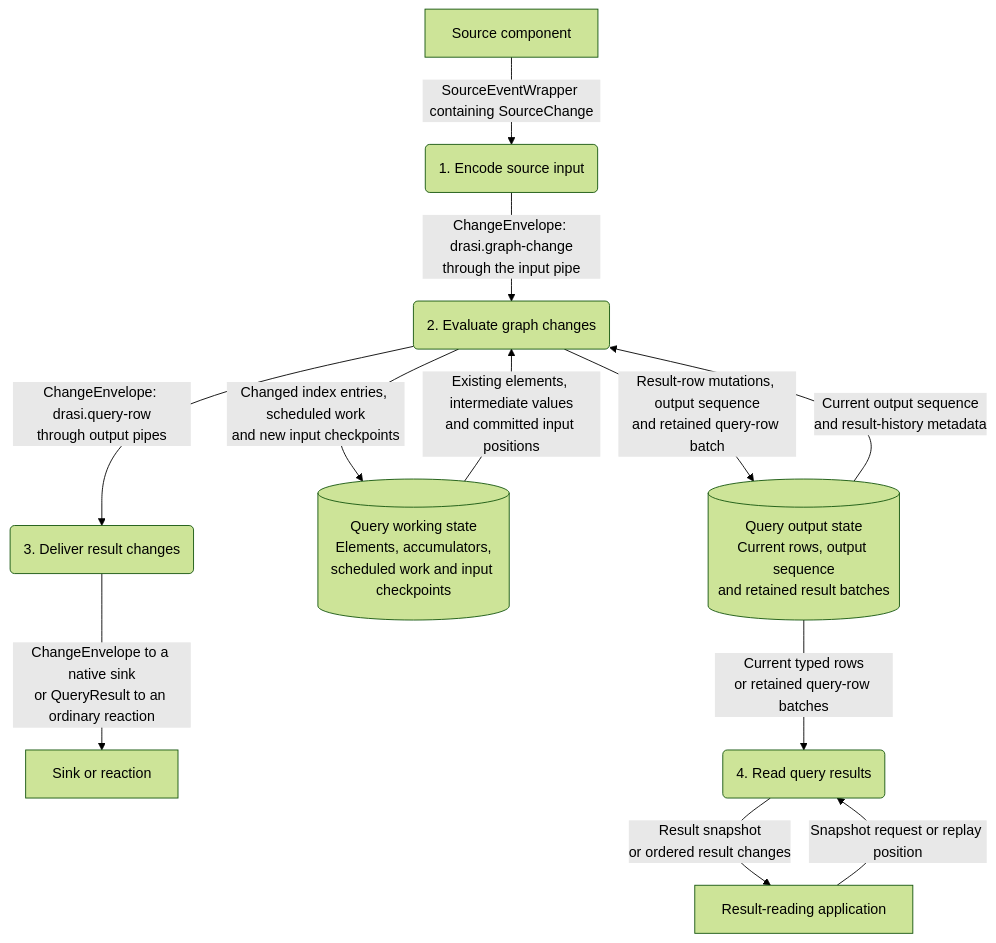
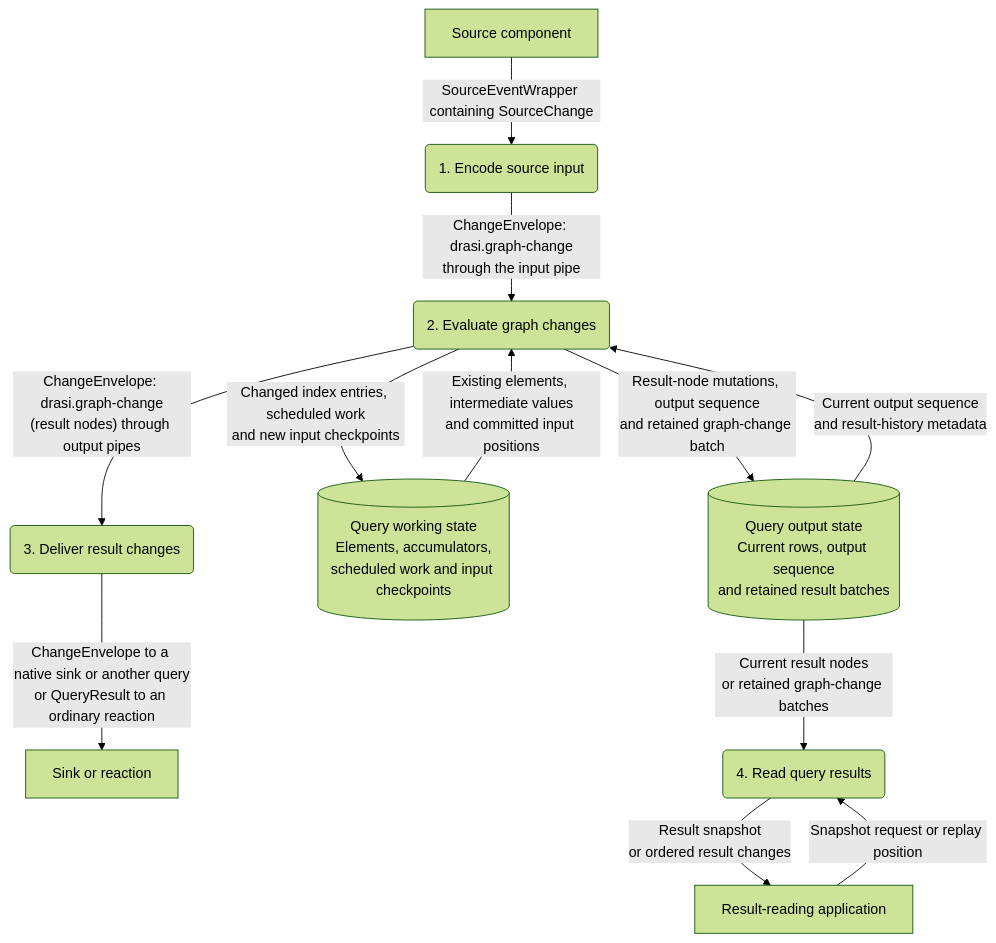
One commit to drasi-project/drasi-core changed the seventh of 7 diagrams in lib/docs/computation-graph-data-design.md. Above: the diagram before and after it, drawn with Mermaid (forest theme). The commit also changed other lines of this file and 574 other files, not shown here.

First line of the commit message:
feat!: unify computation graph data contracts

````diff
--- a/lib/docs/computation-graph-data-design.md
+++ b/lib/docs/computation-graph-data-design.md
@@ -1308,26 +1667,26 @@
 ```mermaid
 flowchart TB
     source["Source component"]
     sink["Sink or reaction"]
     reader["Result-reading application"]
 
     encode("1. Encode source input")
     evaluate("2. Evaluate graph changes")
     deliver("3. Deliver result changes")
     read("4. Read query results")
 
     working[("Query working state<br/>Elements, accumulators,<br/>scheduled work and input checkpoints")]
     results[("Query output state<br/>Current rows, output sequence<br/>and retained result batches")]
 
     source -->|"SourceEventWrapper containing SourceChange"| encode
     encode -->|"ChangeEnvelope: drasi.graph-change<br/>through the input pipe"| evaluate
     working -->|"Existing elements, intermediate values<br/>and committed input positions"| evaluate
     evaluate -->|"Changed index entries, scheduled work<br/>and new input checkpoints"| working
     results -->|"Current output sequence<br/>and result-history metadata"| evaluate
-    evaluate -->|"Result-row mutations, output sequence<br/>and retained query-row batch"| results
-    evaluate -->|"ChangeEnvelope: drasi.query-row<br/>through output pipes"| deliver
-    deliver -->|"ChangeEnvelope to a native sink<br/>or QueryResult to an ordinary reaction"| sink
+    evaluate -->|"Result-node mutations, output sequence<br/>and retained graph-change batch"| results
+    evaluate -->|"ChangeEnvelope: drasi.graph-change<br/>(result nodes) through output pipes"| deliver
+    deliver -->|"ChangeEnvelope to a native sink or another query<br/>or QueryResult to an ordinary reaction"| sink
     reader -->|"Snapshot request or replay position"| read
-    results -->|"Current typed rows<br/>or retained query-row batches"| read
+    results -->|"Current result nodes<br/>or retained graph-change batches"| read
     read -->|"Result snapshot<br/>or ordered result changes"| reader
 ```
````
